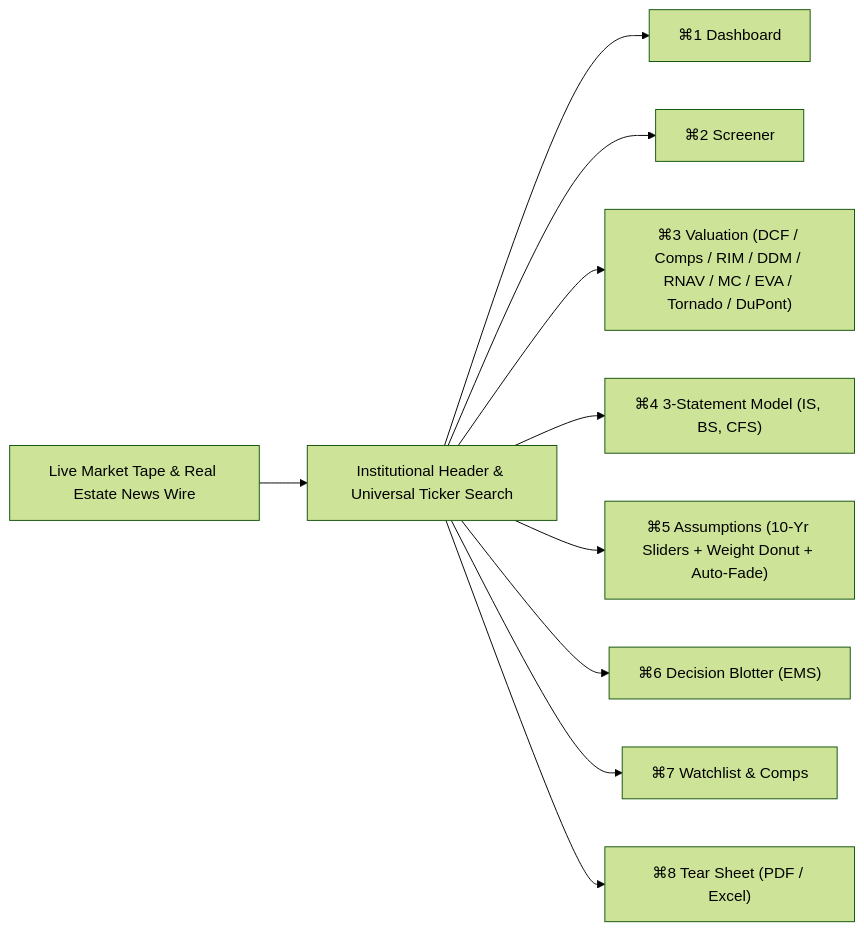
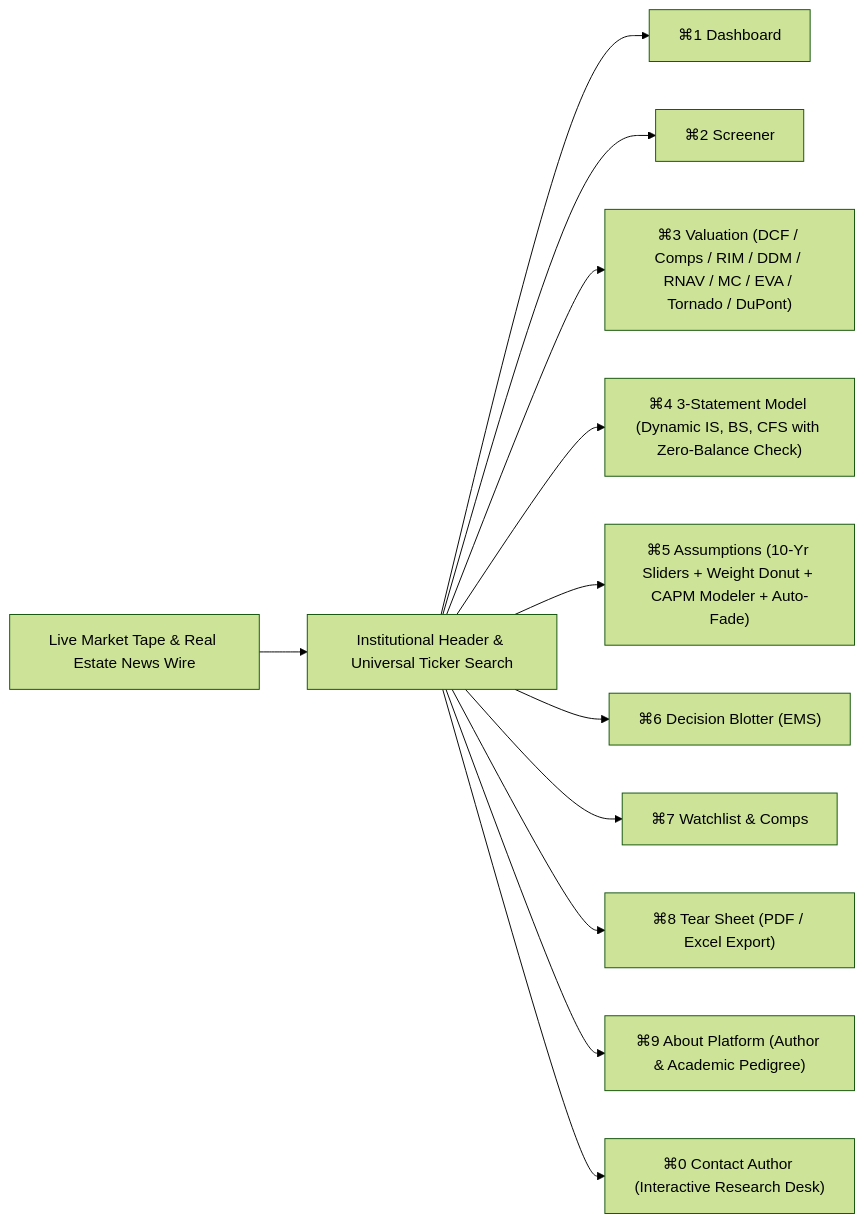
One commit to celeebi/DBV_Midterm changed the diagram in README.md. Above: the diagram before and after it, drawn with Mermaid (forest theme). The commit also changed other lines of this file, not shown here.

Commit message:
docs: comprehensive update to README.md reflecting branch latest, author profile, 34 tests, and dynamic pro forma parity

````diff
--- a/README.md
+++ b/README.md
@@ -47,12 +50,14 @@
 ```mermaid
 flowchart LR
     Tape["Live Market Tape & Real Estate News Wire"] --> Nav["Institutional Header & Universal Ticker Search"]
     Nav --> V1["⌘1 Dashboard"]
     Nav --> V2["⌘2 Screener"]
     Nav --> V3["⌘3 Valuation (DCF / Comps / RIM / DDM / RNAV / MC / EVA / Tornado / DuPont)"]
-    Nav --> V4["⌘4 3-Statement Model (IS, BS, CFS)"]
-    Nav --> V5["⌘5 Assumptions (10-Yr Sliders + Weight Donut + Auto-Fade)"]
+    Nav --> V4["⌘4 3-Statement Model (Dynamic IS, BS, CFS with Zero-Balance Check)"]
+    Nav --> V5["⌘5 Assumptions (10-Yr Sliders + Weight Donut + CAPM Modeler + Auto-Fade)"]
     Nav --> V6["⌘6 Decision Blotter (EMS)"]
     Nav --> V7["⌘7 Watchlist & Comps"]
-    Nav --> V8["⌘8 Tear Sheet (PDF / Excel)"]
+    Nav --> V8["⌘8 Tear Sheet (PDF / Excel Export)"]
+    Nav --> V9["⌘9 About Platform (Author & Academic Pedigree)"]
+    Nav --> V0["⌘0 Contact Author (Interactive Research Desk)"]
 ```
````
